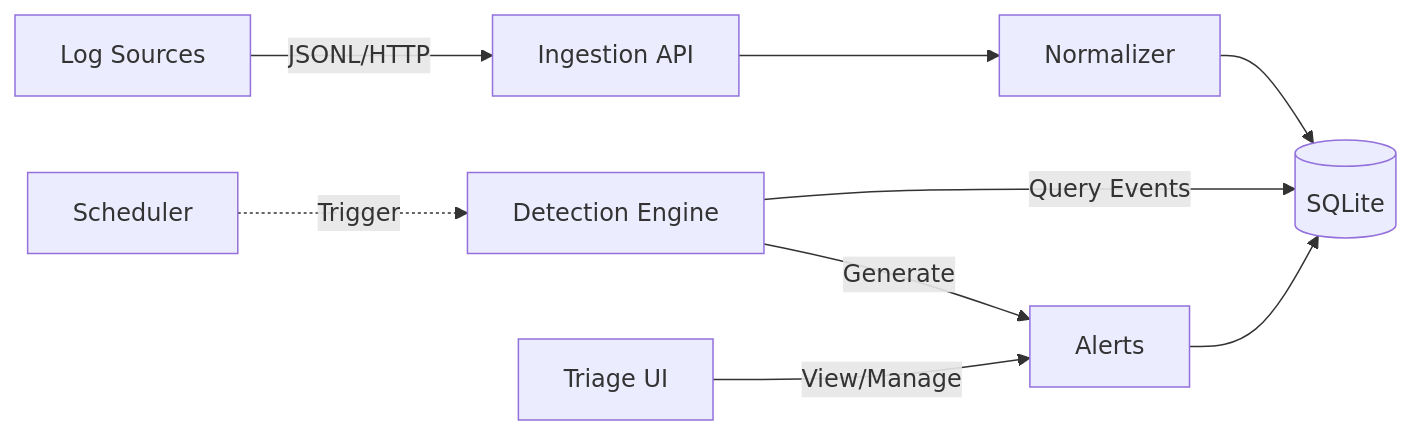
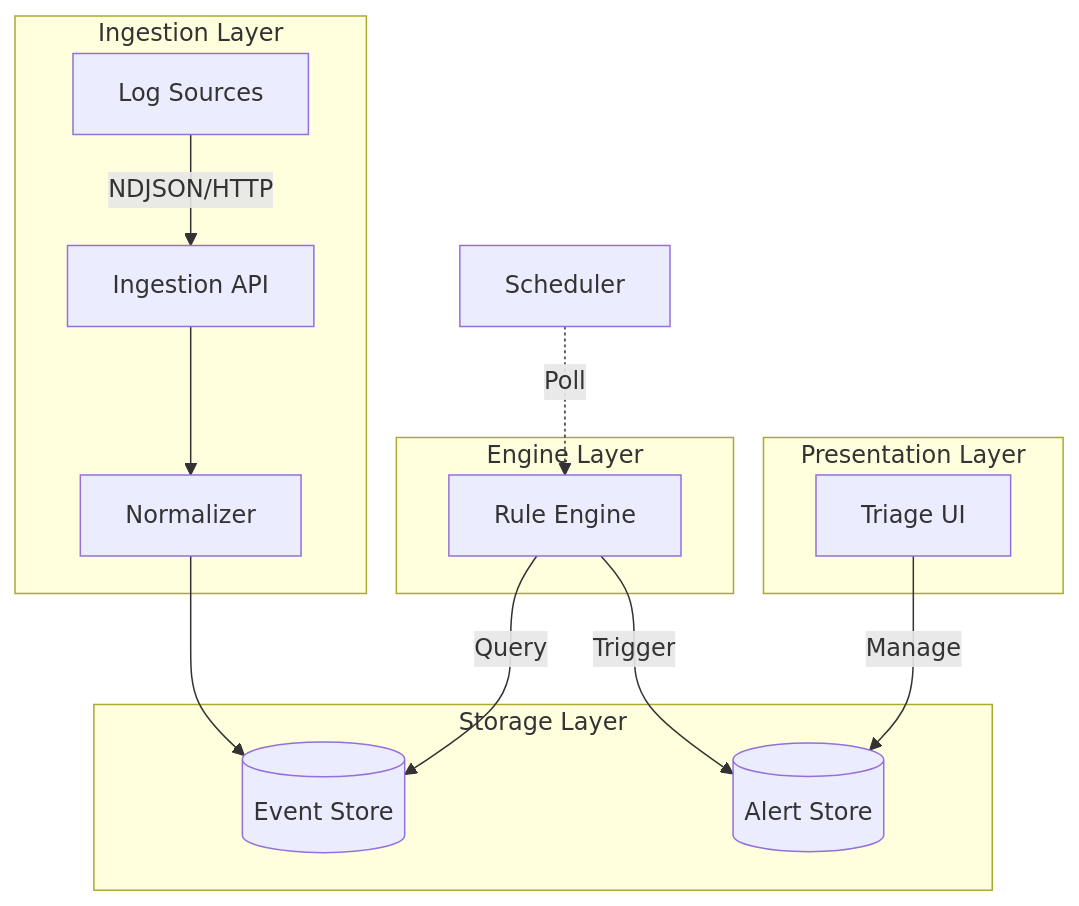
Before and after one commit to cleamax/cloud-signal-engine: the first of 2 diagrams in README.md, drawn with Mermaid. The commit also changed other lines of this file, not shown here.

Commit message:
docs: add architecture diagram

````diff
--- a/README.md
+++ b/README.md
@@ -62,11 +62,23 @@
 ```mermaid
-graph LR
-    A[Log Sources] -->|JSONL/HTTP| B[Ingestion API]
-    B --> C[Normalizer]
-    C --> D[(SQLite)]
-    E[Detection Engine] -->|Query Events| D
-    E -->|Generate| F[Alerts]
-    F --> D
-    G[Triage UI] -->|View/Manage| F
-    H[Scheduler] -.->|Trigger| E
+graph TD
+    subgraph "Ingestion Layer"
+        A[Log Sources] -->|NDJSON/HTTP| B[Ingestion API]
+        B --> C[Normalizer]
+    end
+
+    subgraph "Storage Layer"
+        C --> D[(Event Store)]
+        F[(Alert Store)]
+    end
+
+    subgraph "Engine Layer"
+        E[Rule Engine] -->|Query| D
+        E -->|Trigger| F
+    end
+
+    subgraph "Presentation Layer"
+        G[Triage UI] -->|Manage| F
+    end
+
+    H[Scheduler] -.->|Poll| E
 ```
````
